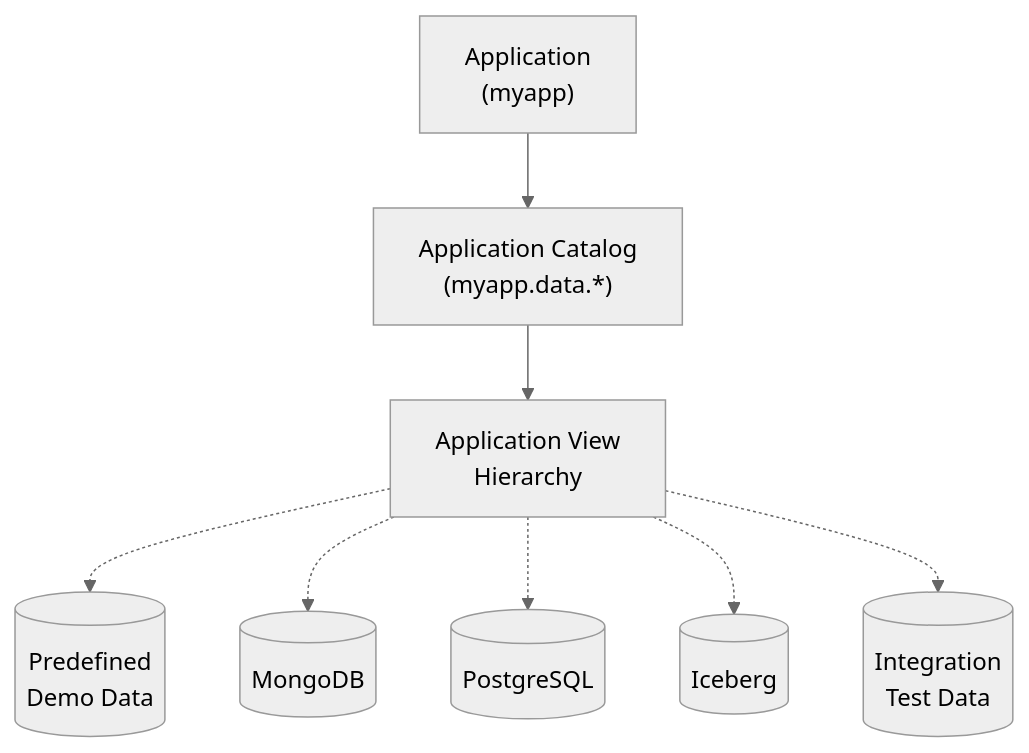
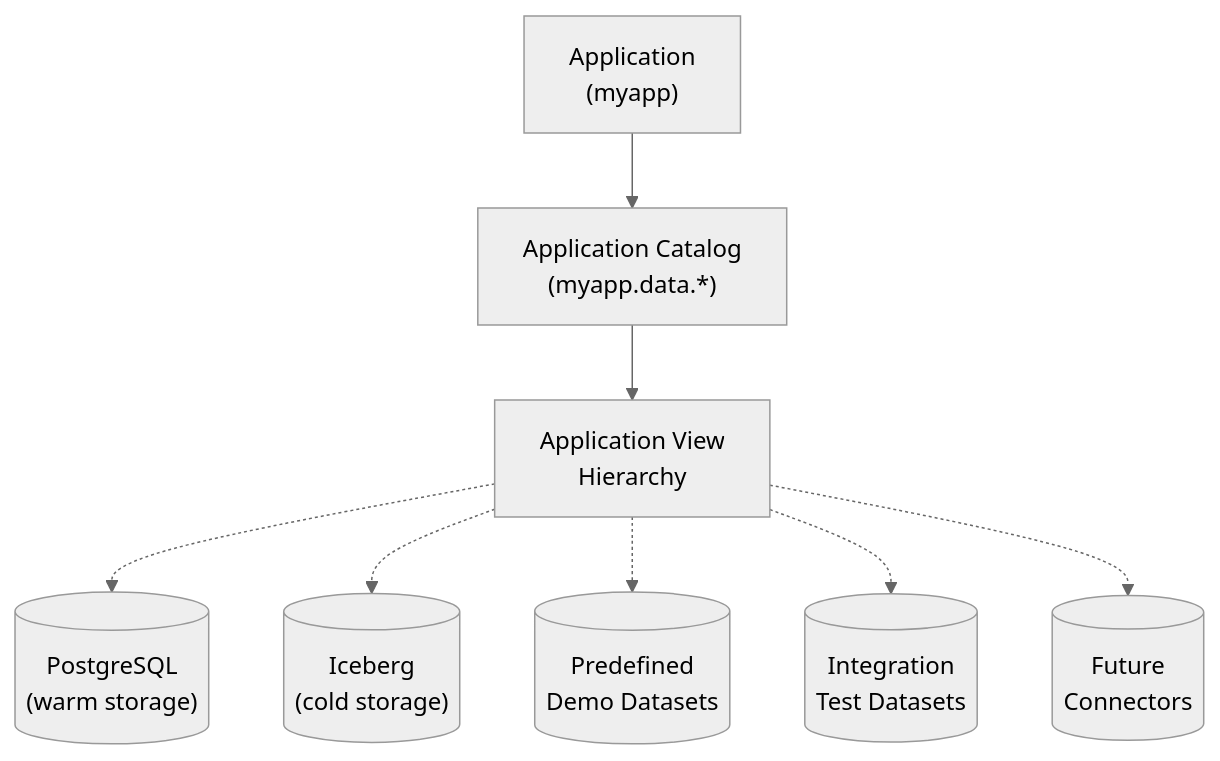
The second of 13 diagrams in README.md (robfromboulder/virtual-view-manifesto), drawn with Mermaid (neutral theme) before and after one commit. The commit also changed other lines of this file, not shown here.

Commit message:
Reformat diagram

````diff
--- a/README.md
+++ b/README.md
@@ -138,10 +138,10 @@
 ```mermaid
 flowchart TD
     App["Application<br/>(myapp)"] --> AppCatalog["Application Catalog<br/>(myapp.data.*)"]
-    AppCatalog --> ViewHierarchy[Application View<br/>Hierarchy]
-    ViewHierarchy -.-> Demo[("Predefined<br/>Demo Data")]
-    ViewHierarchy -.-> MongoDB[(MongoDB)]
-    ViewHierarchy -.-> PG[(PostgreSQL)]
-    ViewHierarchy -.-> Ice[(Iceberg)]
-    ViewHierarchy -.-> Test[("Integration<br/>Test Data")]
+    AppCatalog --> Views["Application View<br/>Hierarchy"]
+    Views -.-> PG[("PostgreSQL<br/>(warm storage)")]
+    Views -.-> Ice[("Iceberg<br/>(cold storage)")]
+    Views -.-> Demo[("Predefined<br/>Demo Datasets")]
+    Views -.-> Test[("Integration<br/>Test Datasets")]
+    Views -.-> Future[("Future<br/>Connectors")]
 ```
````
